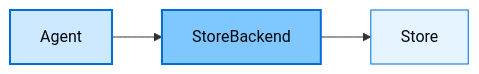
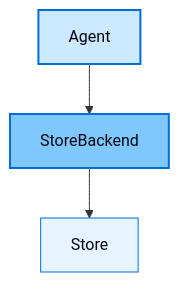
One commit to langchain-ai/lca-deepagents changed the second of 3 diagrams in thinkific/src/m2/m2.2-filesystem.md. Above: the diagram before and after it, drawn with Mermaid. The commit also changed other lines of this file and 1 other file, not shown here.

Commit message:
Switch backend diagrams to vertical (TB) layout side by side

```diff
--- a/thinkific/src/m2/m2.2-filesystem.md
+++ b/thinkific/src/m2/m2.2-filesystem.md
@@ -128,13 +128,13 @@
 <div class="mermaid">
-graph LR
+graph TB
     A1[Agent] --> SB[StoreBackend]
     SB --> D1[Store]
 
     classDef agent fill:#CCE9FF,stroke:#006DDD,stroke-width:2px,color:#030710
     classDef backend fill:#7FC8FF,stroke:#006DDD,stroke-width:2px,color:#030710
     classDef store fill:#E5F4FF,stroke:#006DDD,stroke-width:1px,color:#030710
 
     class A1 agent
     class SB backend
     class D1 store
 </div>
```
